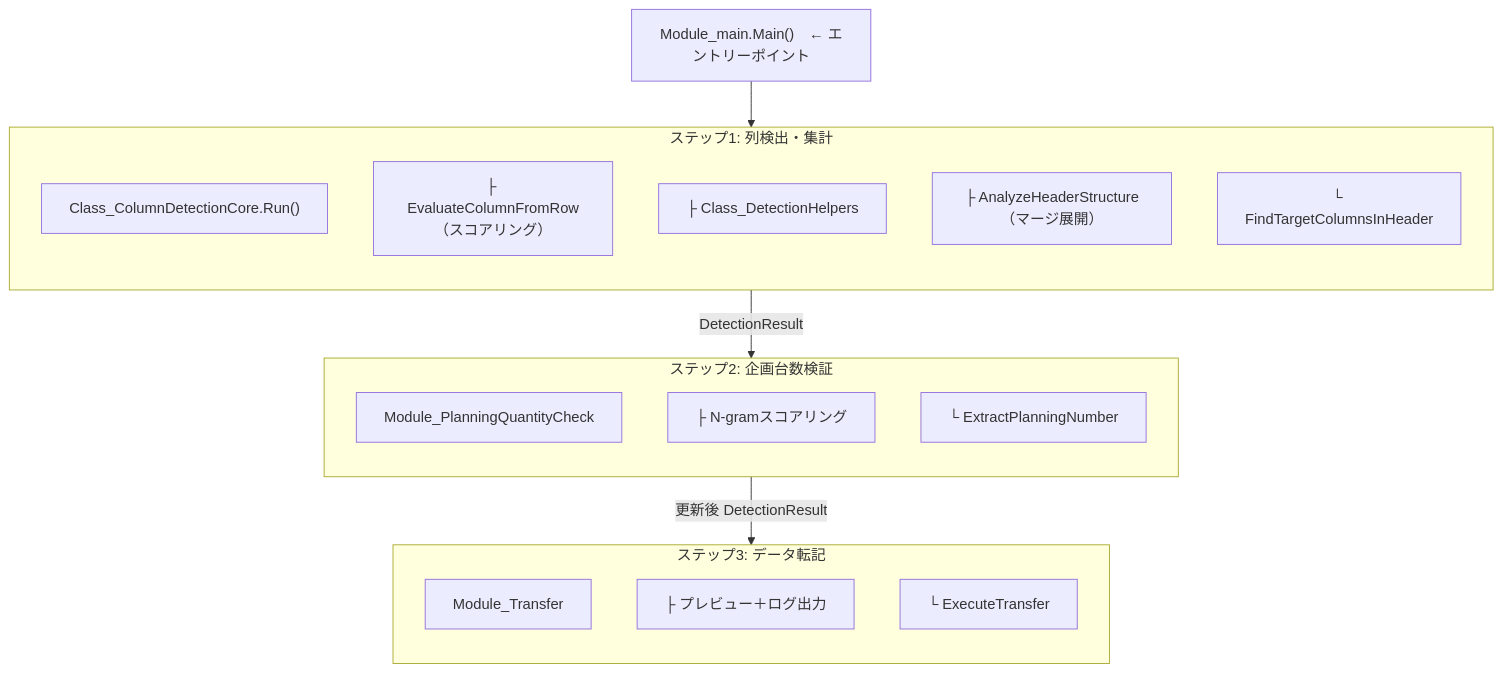
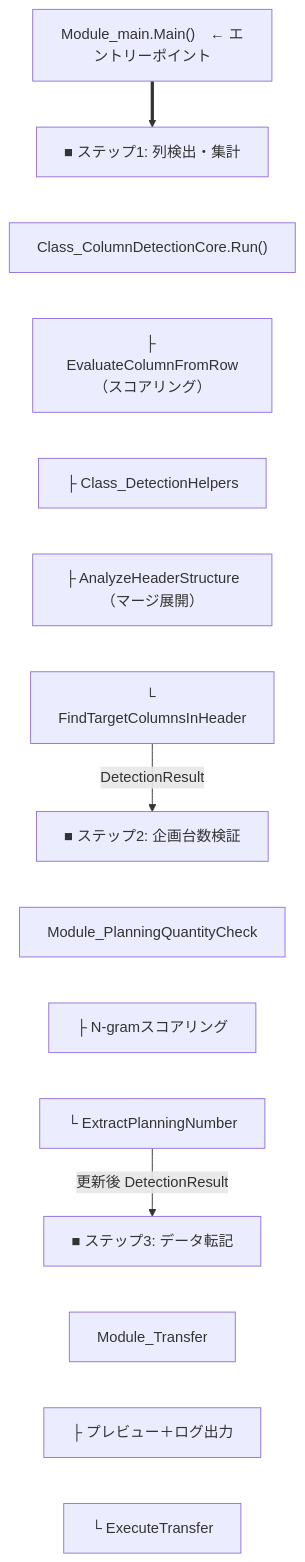
The diagram in 01_normalizer.md (aki0178/business-system-design-portfolio), drawn with Mermaid before and after one commit. The commit also changed other lines of this file, not shown here.

````diff
--- a/01_normalizer.md
+++ b/01_normalizer.md
@@ -48,31 +48,38 @@
 ```mermaid
-flowchart TD
+flowchart TB
     Main["Module_main.Main()　← エントリーポイント"]
 
-    subgraph Step1["ステップ1: 列検出・集計"]
-        direction TB
-        Core["Class_ColumnDetectionCore.Run()"]
-        Eval["├ EvaluateColumnFromRow（スコアリング）"]
-        Helpers["├ Class_DetectionHelpers"]
-        Header["├ AnalyzeHeaderStructure（マージ展開）"]
-        Find["└ FindTargetColumnsInHeader"]
-    end
+    Step1Title["■ ステップ1: 列検出・集計"]
+    Core["Class_ColumnDetectionCore.Run()"]
+    Eval["├ EvaluateColumnFromRow（スコアリング）"]
+    Helpers["├ Class_DetectionHelpers"]
+    Header["├ AnalyzeHeaderStructure（マージ展開）"]
+    Find["└ FindTargetColumnsInHeader"]
 
-    subgraph Step2["ステップ2: 企画台数検証"]
-        direction TB
-        PQC["Module_PlanningQuantityCheck"]
-        NGram["├ N-gramスコアリング"]
-        Extract["└ ExtractPlanningNumber"]
-    end
+    Step2Title["■ ステップ2: 企画台数検証"]
+    PQC["Module_PlanningQuantityCheck"]
+    NGram["├ N-gramスコアリング"]
+    Extract["└ ExtractPlanningNumber"]
 
-    subgraph Step3["ステップ3: データ転記"]
-        direction TB
-        Transfer["Module_Transfer"]
-        Preview["├ プレビュー＋ログ出力"]
-        Exec["└ ExecuteTransfer"]
-    end
+    Step3Title["■ ステップ3: データ転記"]
+    Transfer["Module_Transfer"]
+    Preview["├ プレビュー＋ログ出力"]
+    Exec["└ ExecuteTransfer"]
 
-    Main --> Step1
-    Step1 -- "DetectionResult" --> Step2
-    Step2 -- "更新後 DetectionResult" --> Step3
+    Main ==> Step1Title
+    Step1Title ~~~ Core
+    Core ~~~ Eval
+    Eval ~~~ Helpers
+    Helpers ~~~ Header
+    Header ~~~ Find
+
+    Find -- "DetectionResult" --> Step2Title
+    Step2Title ~~~ PQC
+    PQC ~~~ NGram
+    NGram ~~~ Extract
+
+    Extract -- "更新後 DetectionResult" --> Step3Title
+    Step3Title ~~~ Transfer
+    Transfer ~~~ Preview
+    Preview ~~~ Exec
 ```
````
